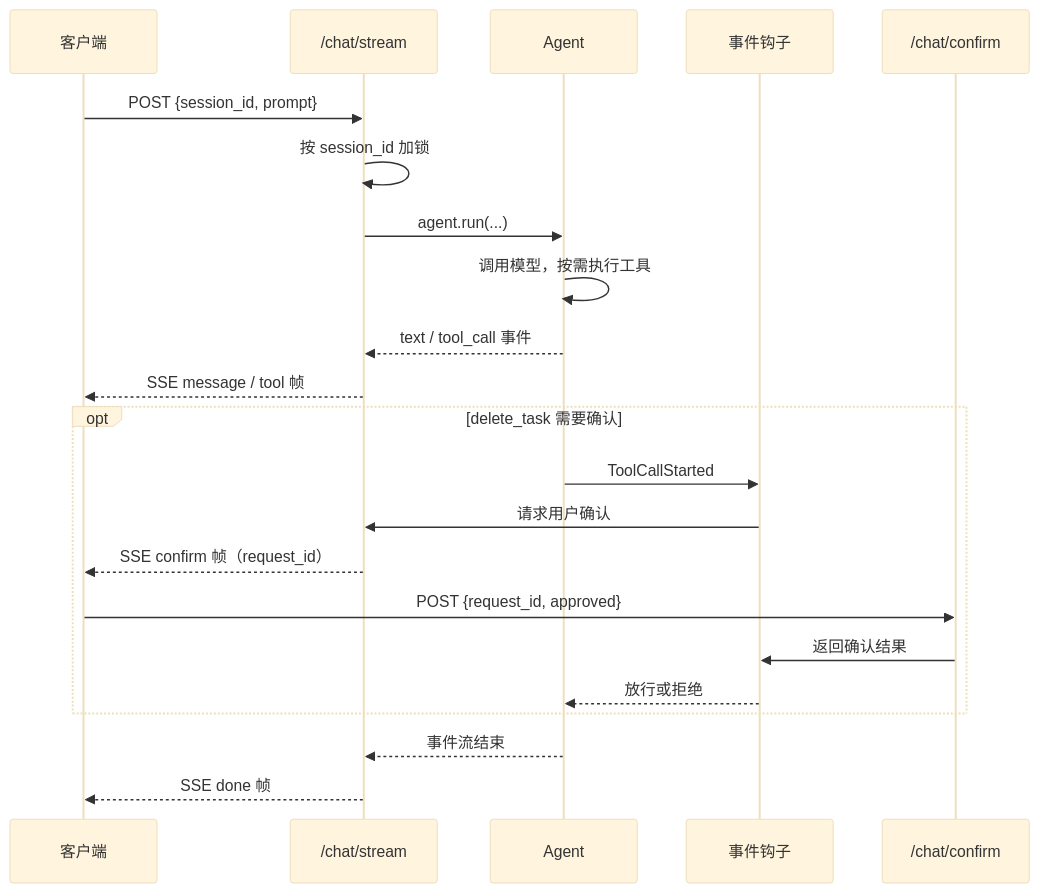
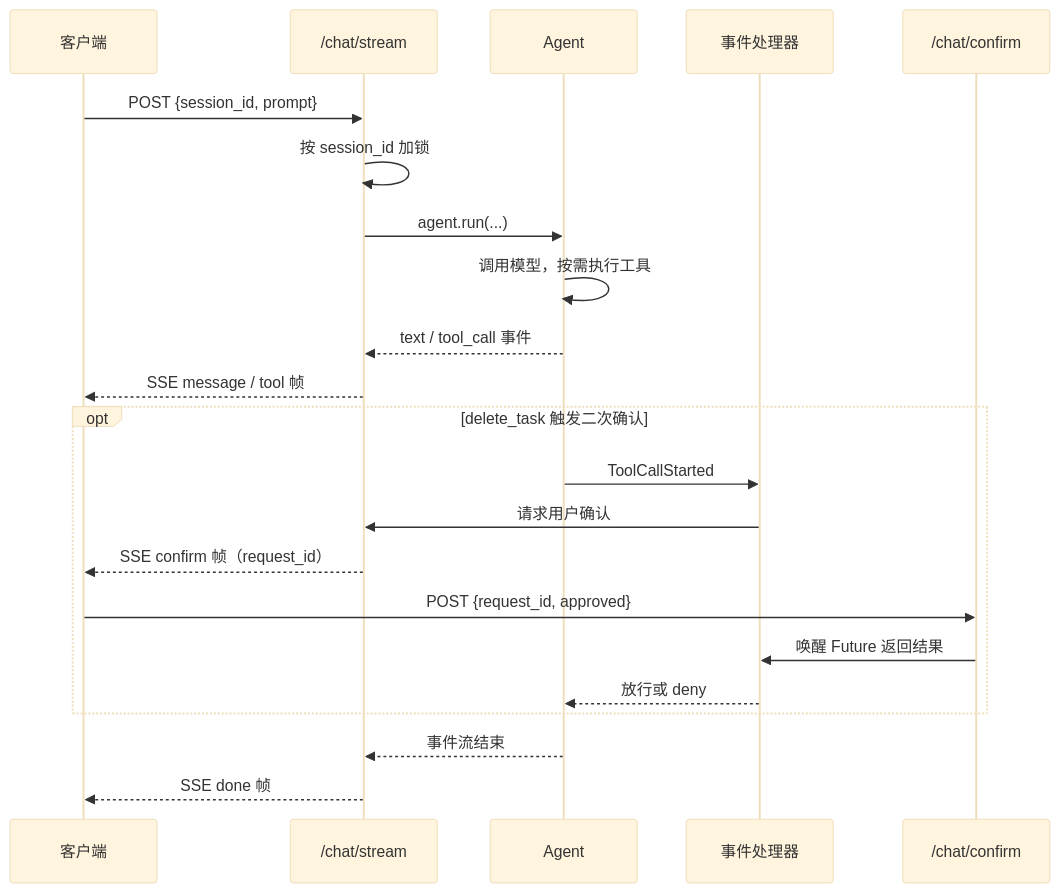
Before and after one commit to bubbuild/bub: the diagram in website/src/content/docs/zh-cn/docs/sdk/web-service.mdx, drawn with Mermaid (base theme). The commit also changed other lines of this file and 74 other files, not shown here.

````diff
--- a/website/src/content/docs/zh-cn/docs/sdk/web-service.mdx
+++ b/website/src/content/docs/zh-cn/docs/sdk/web-service.mdx
@@ -430,27 +369,27 @@
 ```mermaid
 sequenceDiagram
     participant C as 客户端
     participant S as /chat/stream
     participant A as Agent
-    participant H as 事件钩子
+    participant H as 事件处理器
     participant K as /chat/confirm
 
     C->>S: POST {session_id, prompt}
     S->>S: 按 session_id 加锁
     S->>A: agent.run(...)
     A->>A: 调用模型，按需执行工具
     A-->>S: text / tool_call 事件
     S-->>C: SSE message / tool 帧
 
-    opt delete_task 需要确认
+    opt delete_task 触发二次确认
         A->>H: ToolCallStarted
         H->>S: 请求用户确认
         S-->>C: SSE confirm 帧（request_id）
         C->>K: POST {request_id, approved}
-        K->>H: 返回确认结果
-        H-->>A: 放行或拒绝
+        K->>H: 唤醒 Future 返回结果
+        H-->>A: 放行或 deny
     end
 
     A-->>S: 事件流结束
     S-->>C: SSE done 帧
 ```
````
